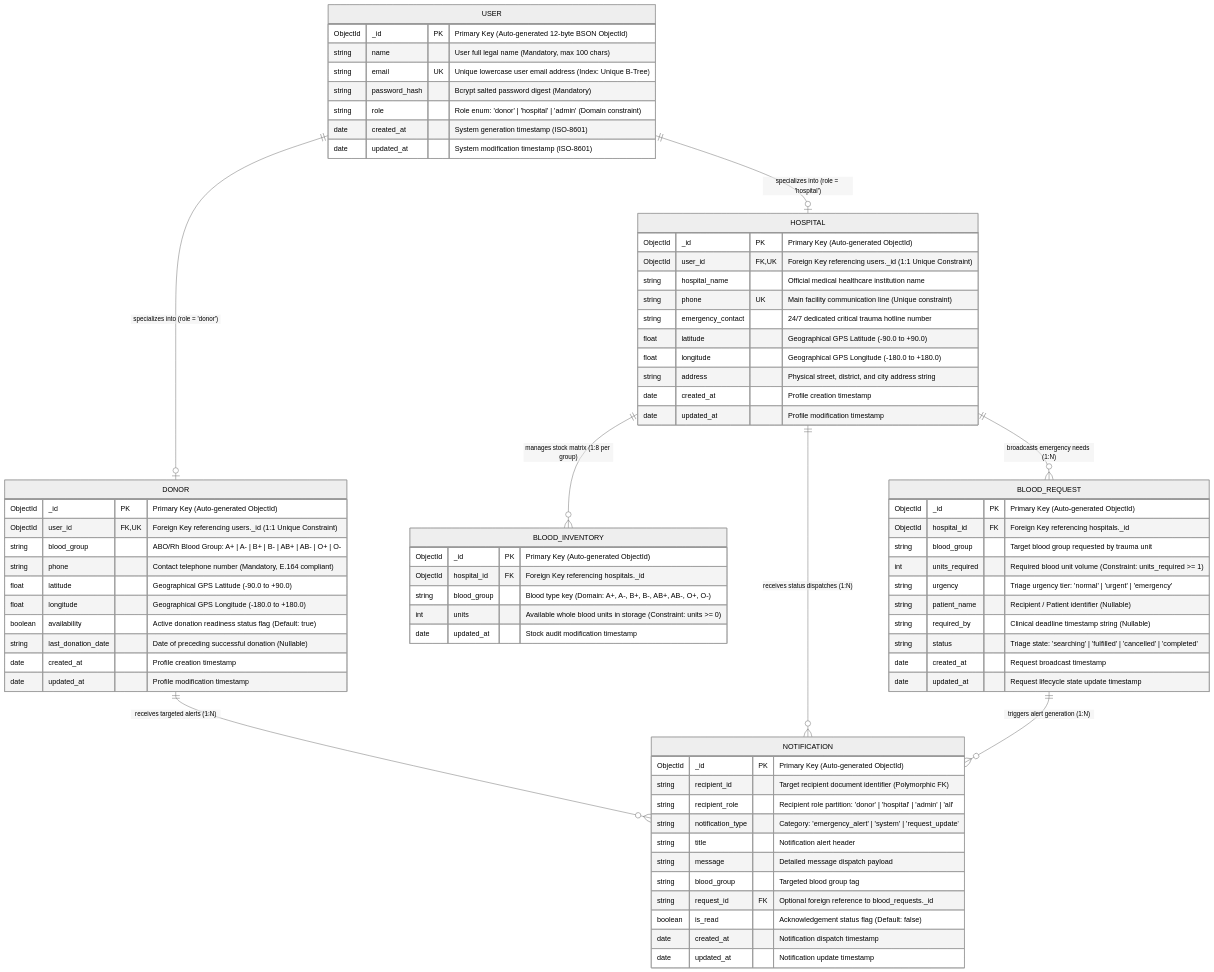
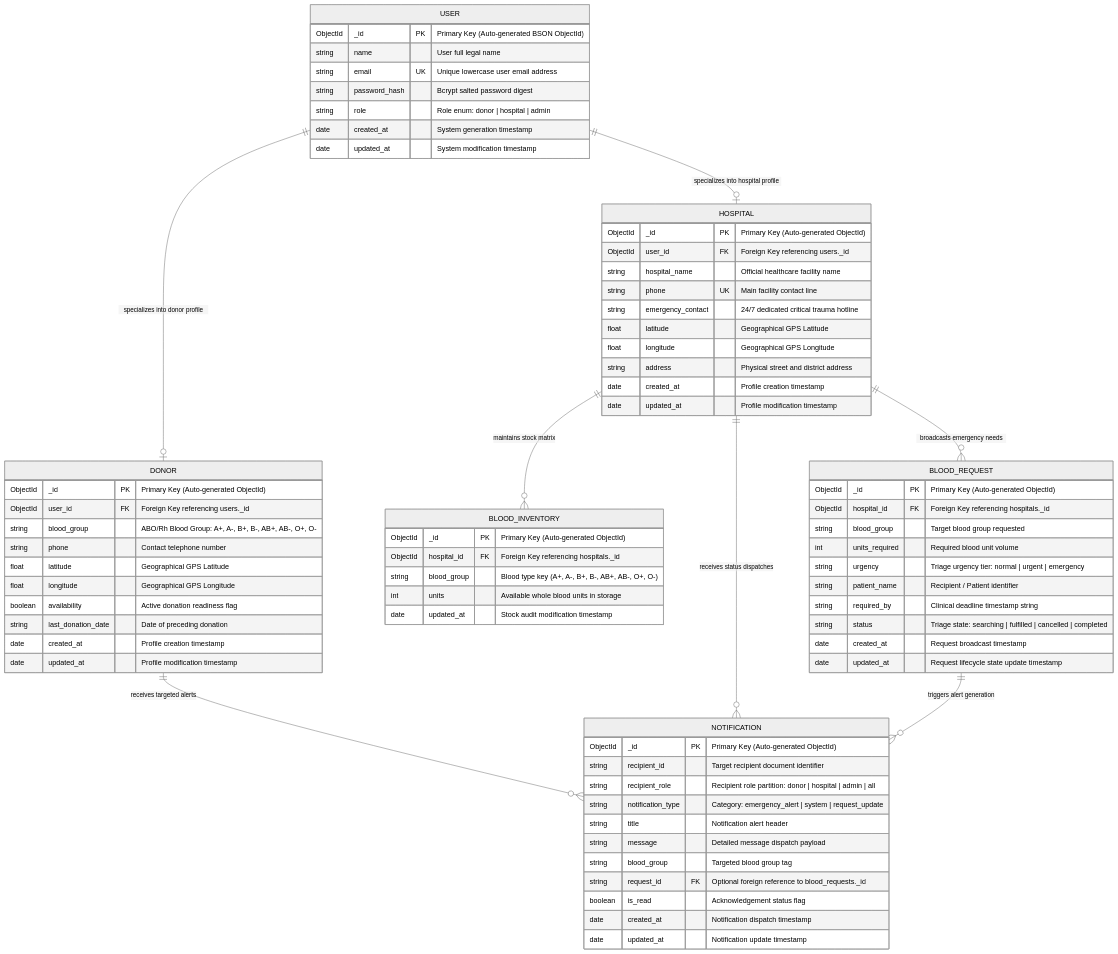
One commit to Next-Gen-Coder-2007/LifeLink-Blood-Donation-and-Emergency-Blood-Matching-System changed the fifth of 7 diagrams in README.md. Above: the diagram before and after it, drawn with Mermaid (neutral theme). The commit also changed other lines of this file, not shown here.

Commit message:
docs(readme): fix mermaid syntax across all 7 diagrams and expand DBMS query catalog

````diff
--- a/README.md
+++ b/README.md
@@ -226,81 +227,81 @@
 ```mermaid
 erDiagram
-    USER ||--o| DONOR : "specializes into (role = 'donor')"
-    USER ||--o| HOSPITAL : "specializes into (role = 'hospital')"
-    HOSPITAL ||--o{ BLOOD_INVENTORY : "manages stock matrix (1:8 per group)"
-    HOSPITAL ||--o{ BLOOD_REQUEST : "broadcasts emergency needs (1:N)"
-    DONOR ||--o{ NOTIFICATION : "receives targeted alerts (1:N)"
-    HOSPITAL ||--o{ NOTIFICATION : "receives status dispatches (1:N)"
-    BLOOD_REQUEST ||--o{ NOTIFICATION : "triggers alert generation (1:N)"
+    USER ||--o| DONOR : "specializes into donor profile"
+    USER ||--o| HOSPITAL : "specializes into hospital profile"
+    HOSPITAL ||--o{ BLOOD_INVENTORY : "maintains stock matrix"
+    HOSPITAL ||--o{ BLOOD_REQUEST : "broadcasts emergency needs"
+    DONOR ||--o{ NOTIFICATION : "receives targeted alerts"
+    HOSPITAL ||--o{ NOTIFICATION : "receives status dispatches"
+    BLOOD_REQUEST ||--o{ NOTIFICATION : "triggers alert generation"
 
     USER {
-        ObjectId _id PK "Primary Key (Auto-generated 12-byte BSON ObjectId)"
-        string name "User full legal name (Mandatory, max 100 chars)"
-        string email UK "Unique lowercase user email address (Index: Unique B-Tree)"
-        string password_hash "Bcrypt salted password digest (Mandatory)"
-        string role "Role enum: 'donor' | 'hospital' | 'admin' (Domain constraint)"
-        date created_at "System generation timestamp (ISO-8601)"
-        date updated_at "System modification timestamp (ISO-8601)"
+        ObjectId _id PK "Primary Key (Auto-generated BSON ObjectId)"
+        string name "User full legal name"
+        string email UK "Unique lowercase user email address"
+        string password_hash "Bcrypt salted password digest"
+        string role "Role enum: donor | hospital | admin"
+        date created_at "System generation timestamp"
+        date updated_at "System modification timestamp"
     }
 
     DONOR {
         ObjectId _id PK "Primary Key (Auto-generated ObjectId)"
-        ObjectId user_id FK, UK "Foreign Key referencing users._id (1:1 Unique Constraint)"
-        string blood_group "ABO/Rh Blood Group: A+ | A- | B+ | B- | AB+ | AB- | O+ | O-"
-        string phone "Contact telephone number (Mandatory, E.164 compliant)"
-        float latitude "Geographical GPS Latitude (-90.0 to +90.0)"
-        float longitude "Geographical GPS Longitude (-180.0 to +180.0)"
-        boolean availability "Active donation readiness status flag (Default: true)"
-        string last_donation_date "Date of preceding successful donation (Nullable)"
+        ObjectId user_id FK "Foreign Key referencing users._id"
+        string blood_group "ABO/Rh Blood Group: A+, A-, B+, B-, AB+, AB-, O+, O-"
+        string phone "Contact telephone number"
+        float latitude "Geographical GPS Latitude"
+        float longitude "Geographical GPS Longitude"
+        boolean availability "Active donation readiness flag"
+        string last_donation_date "Date of preceding donation"
         date created_at "Profile creation timestamp"
         date updated_at "Profile modification timestamp"
     }
 
     HOSPITAL {
         ObjectId _id PK "Primary Key (Auto-generated ObjectId)"
-        ObjectId user_id FK, UK "Foreign Key referencing users._id (1:1 Unique Constraint)"
-        string hospital_name "Official medical healthcare institution name"
-        string phone UK "Main facility communication line (Unique constraint)"
-        string emergency_contact "24/7 dedicated critical trauma hotline number"
-        float latitude "Geographical GPS Latitude (-90.0 to +90.0)"
-        float longitude "Geographical GPS Longitude (-180.0 to +180.0)"
-        string address "Physical street, district, and city address string"
+        ObjectId user_id FK "Foreign Key referencing users._id"
+        string hospital_name "Official healthcare facility name"
+        string phone UK "Main facility contact line"
+        string emergency_contact "24/7 dedicated critical trauma hotline"
+        float latitude "Geographical GPS Latitude"
+        float longitude "Geographical GPS Longitude"
+        string address "Physical street and district address"
         date created_at "Profile creation timestamp"
         date updated_at "Profile modification timestamp"
     }
 
     BLOOD_INVENTORY {
         ObjectId _id PK "Primary Key (Auto-generated ObjectId)"
         ObjectId hospital_id FK "Foreign Key referencing hospitals._id"
-        string blood_group "Blood type key (Domain: A+, A-, B+, B-, AB+, AB-, O+, O-)"
-        int units "Available whole blood units in storage (Constraint: units >= 0)"
+        string blood_group "Blood type key (A+, A-, B+, B-, AB+, AB-, O+, O-)"
+        int units "Available whole blood units in storage"
         date updated_at "Stock audit modification timestamp"
     }
 
     BLOOD_REQUEST {
         ObjectId _id PK "Primary Key (Auto-generated ObjectId)"
         ObjectId hospital_id FK "Foreign Key referencing hospitals._id"
-        string blood_group "Target blood group requested by trauma unit"
-        int units_required "Required blood unit volume (Constraint: units_required >= 1)"
-        string urgency "Triage urgency tier: 'normal' | 'urgent' | 'emergency'"
-        string patient_name "Recipient / Patient identifier (Nullable)"
-        string required_by "Clinical deadline timestamp string (Nullable)"
-        string status "Triage state: 'searching' | 'fulfilled' | 'cancelled' | 'completed'"
+        string blood_group "Target blood group requested"
+        int units_required "Required blood unit volume"
+        string urgency "Triage urgency tier: normal | urgent | emergency"
+        string patient_name "Recipient / Patient identifier"
+        string required_by "Clinical deadline timestamp string"
+        string status "Triage state: searching | fulfilled | cancelled | completed"
         date created_at "Request broadcast timestamp"
         date updated_at "Request lifecycle state update timestamp"
     }
 
     NOTIFICATION {
         ObjectId _id PK "Primary Key (Auto-generated ObjectId)"
-        string recipient_id "Target recipient document identifier (Polymorphic FK)"
-        string recipient_role "Recipient role partition: 'donor' | 'hospital' | 'admin' | 'all'"
-        string notification_type "Category: 'emergency_alert' | 'system' | 'request_update'"
+        string recipient_id "Target recipient document identifier"
+        string recipient_role "Recipient role partition: donor | hospital | admin | all"
+        string notification_type "Category: emergency_alert | system | request_update"
         string title "Notification alert header"
         string message "Detailed message dispatch payload"
         string blood_group "Targeted blood group tag"
         string request_id FK "Optional foreign reference to blood_requests._id"
-        boolean is_read "Acknowledgement status flag (Default: false)"
+        boolean is_read "Acknowledgement status flag"
         date created_at "Notification dispatch timestamp"
         date updated_at "Notification update timestamp"
     }
 ```
````
